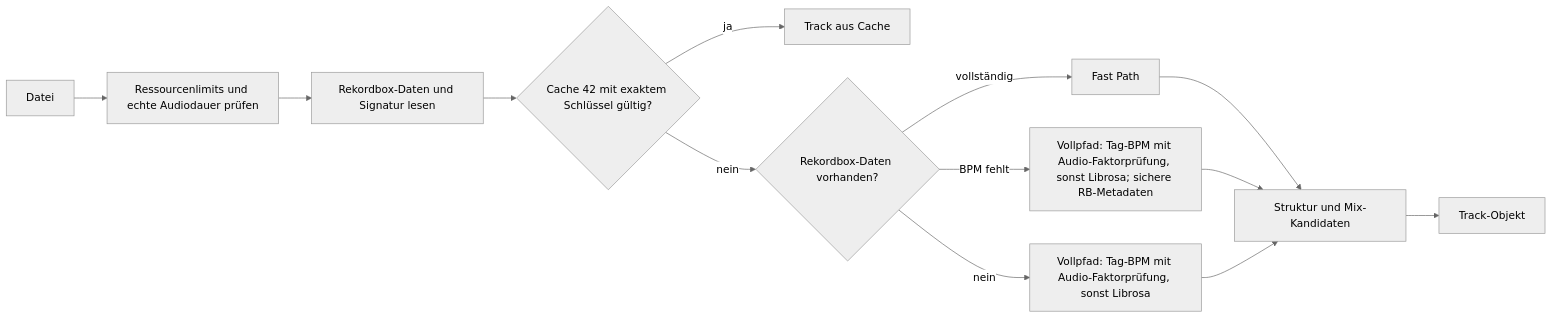
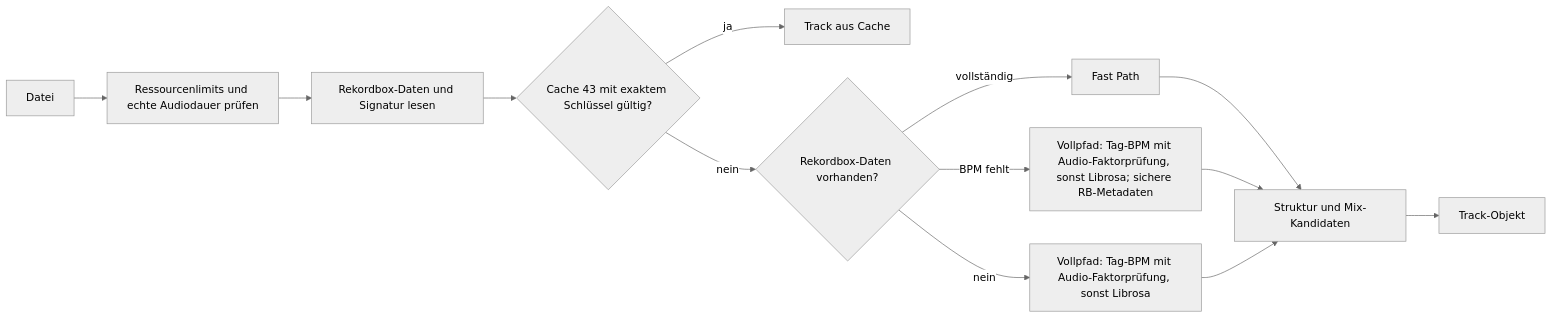
One commit to Crusty696/HarmonicPlaylistGenkopie_V2.0 changed the second of 9 diagrams in docs/TRACKAUSWAHL-UND-MIXPOINT-FLUSS.md. Above: the diagram before and after it, drawn with Mermaid (neutral theme). The commit also changed other lines of this file, not shown here.

Commit message:
Clarify track selection and mixpoint flow

````diff
--- a/docs/TRACKAUSWAHL-UND-MIXPOINT-FLUSS.md
+++ b/docs/TRACKAUSWAHL-UND-MIXPOINT-FLUSS.md
@@ -70,15 +97,15 @@
 ```mermaid
 flowchart LR
     A[Datei] --> R[Ressourcenlimits und echte Audiodauer prüfen]
     R --> S[Rekordbox-Daten und Signatur lesen]
-    S --> B{Cache 42 mit exaktem Schlüssel gültig?}
+    S --> B{Cache 43 mit exaktem Schlüssel gültig?}
     B -- ja --> C[Track aus Cache]
     B -- nein --> D{Rekordbox-Daten vorhanden?}
     D -- vollständig --> E[Fast Path]
     D -- BPM fehlt --> F["Vollpfad: Tag-BPM mit Audio-Faktorprüfung, sonst Librosa; sichere RB-Metadaten"]
     D -- nein --> G["Vollpfad: Tag-BPM mit Audio-Faktorprüfung, sonst Librosa"]
     E --> H[Struktur und Mix-Kandidaten]
     F --> H
     G --> H
     H --> I[Track-Objekt]
 ```
````
